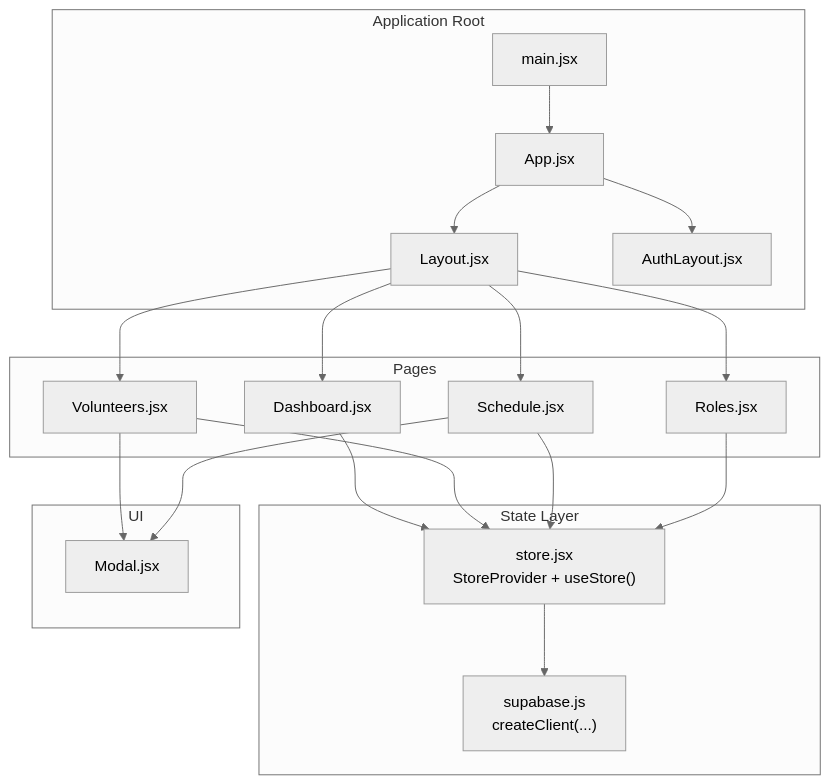
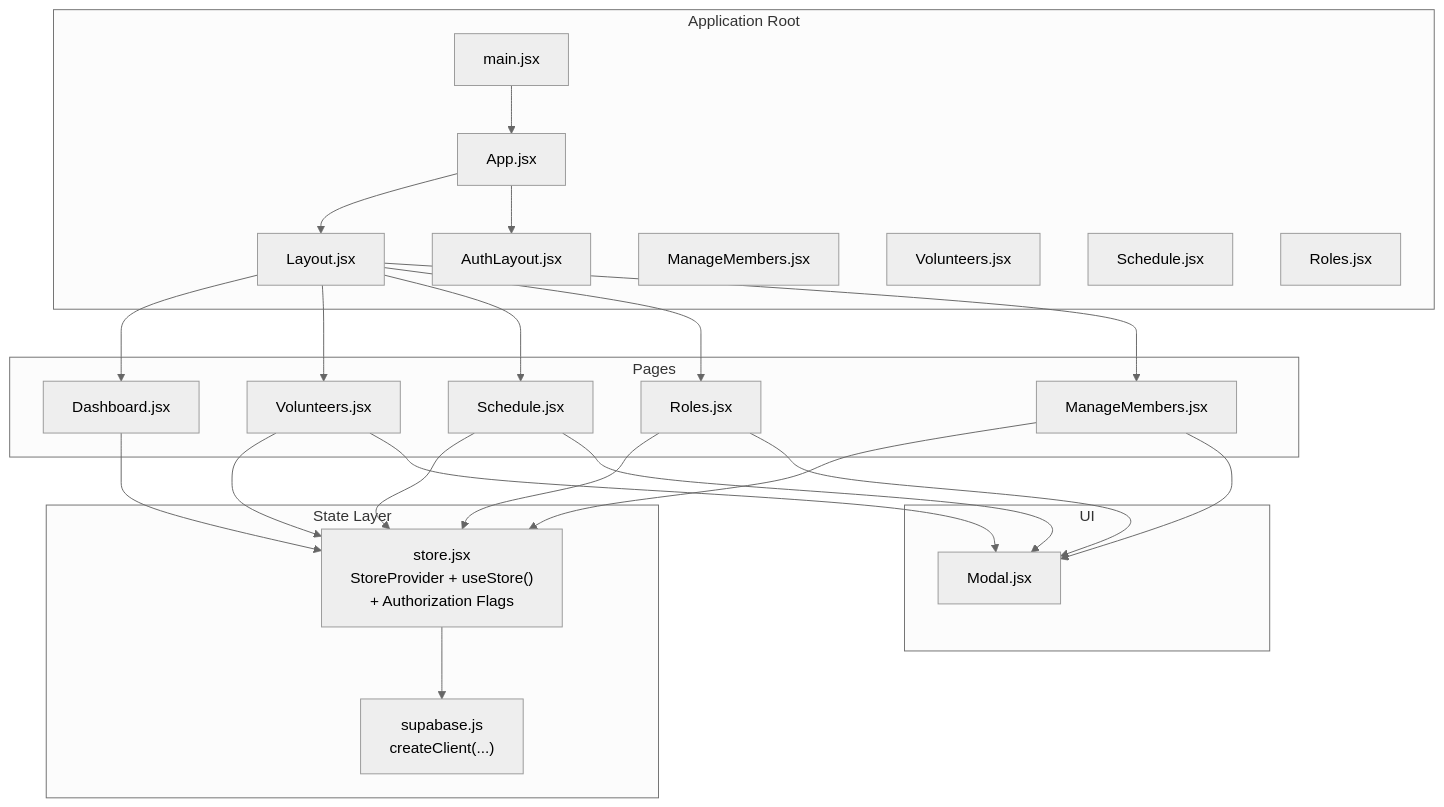
The first of 9 diagrams in .qoder/repowiki/en/content/State Management System/State Management System.md (netdaniel/serveflow), drawn with Mermaid (neutral theme) before and after one commit. The commit also changed other lines of this file and 15 other files, not shown here.

````diff
--- a/.qoder/repowiki/en/content/State Management System/State Management System.md
+++ b/.qoder/repowiki/en/content/State Management System/State Management System.md
@@ -38,36 +49,45 @@
 ```mermaid
 graph TB
 subgraph "Application Root"
 MAIN["main.jsx"]
 APP["App.jsx"]
 LAYOUT["Layout.jsx"]
 AUTHL["AuthLayout.jsx"]
+ENDUSER["ManageMembers.jsx"]
+ENDUSER2["Volunteers.jsx"]
+ENDUSER3["Schedule.jsx"]
+ENDUSER4["Roles.jsx"]
 end
 subgraph "State Layer"
-STORE["store.jsx<br/>StoreProvider + useStore()"]
+STORE["store.jsx<br/>StoreProvider + useStore()<br/>+ Authorization Flags"]
 SUPA["supabase.js<br/>createClient(...)"]
 end
 subgraph "Pages"
 DASH["Dashboard.jsx"]
 VOL["Volunteers.jsx"]
 SCH["Schedule.jsx"]
 ROLES["Roles.jsx"]
+MEMBERS["ManageMembers.jsx"]
 end
 subgraph "UI"
 MODAL["Modal.jsx"]
 end
 MAIN --> APP
 APP --> LAYOUT
 APP --> AUTHL
 LAYOUT --> DASH
 LAYOUT --> VOL
 LAYOUT --> SCH
 LAYOUT --> ROLES
+LAYOUT --> MEMBERS
 DASH --> STORE
 VOL --> STORE
 SCH --> STORE
 ROLES --> STORE
+MEMBERS --> STORE
 STORE --> SUPA
 VOL --> MODAL
 SCH --> MODAL
+ROLES --> MODAL
+MEMBERS --> MODAL
 ```
````
